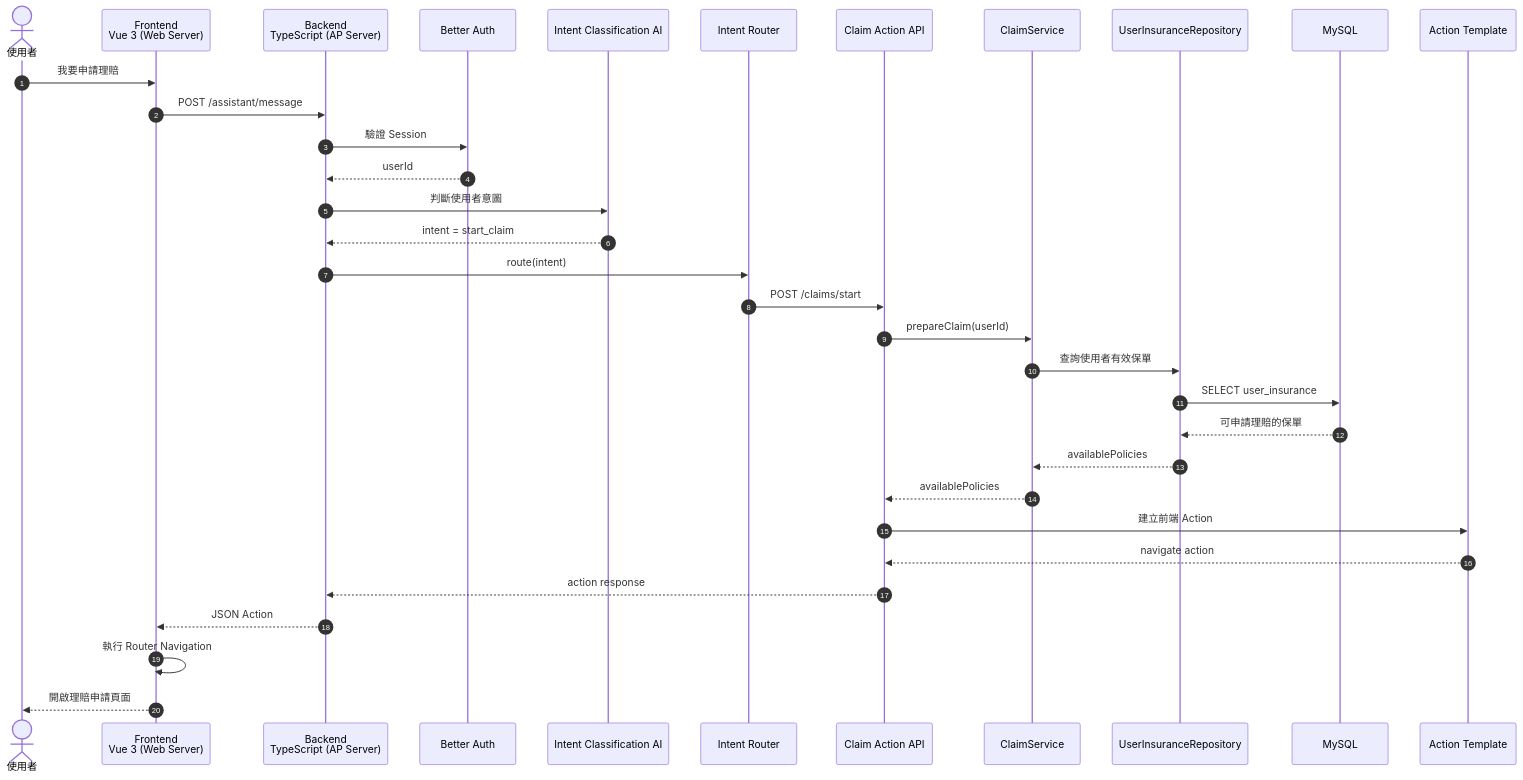
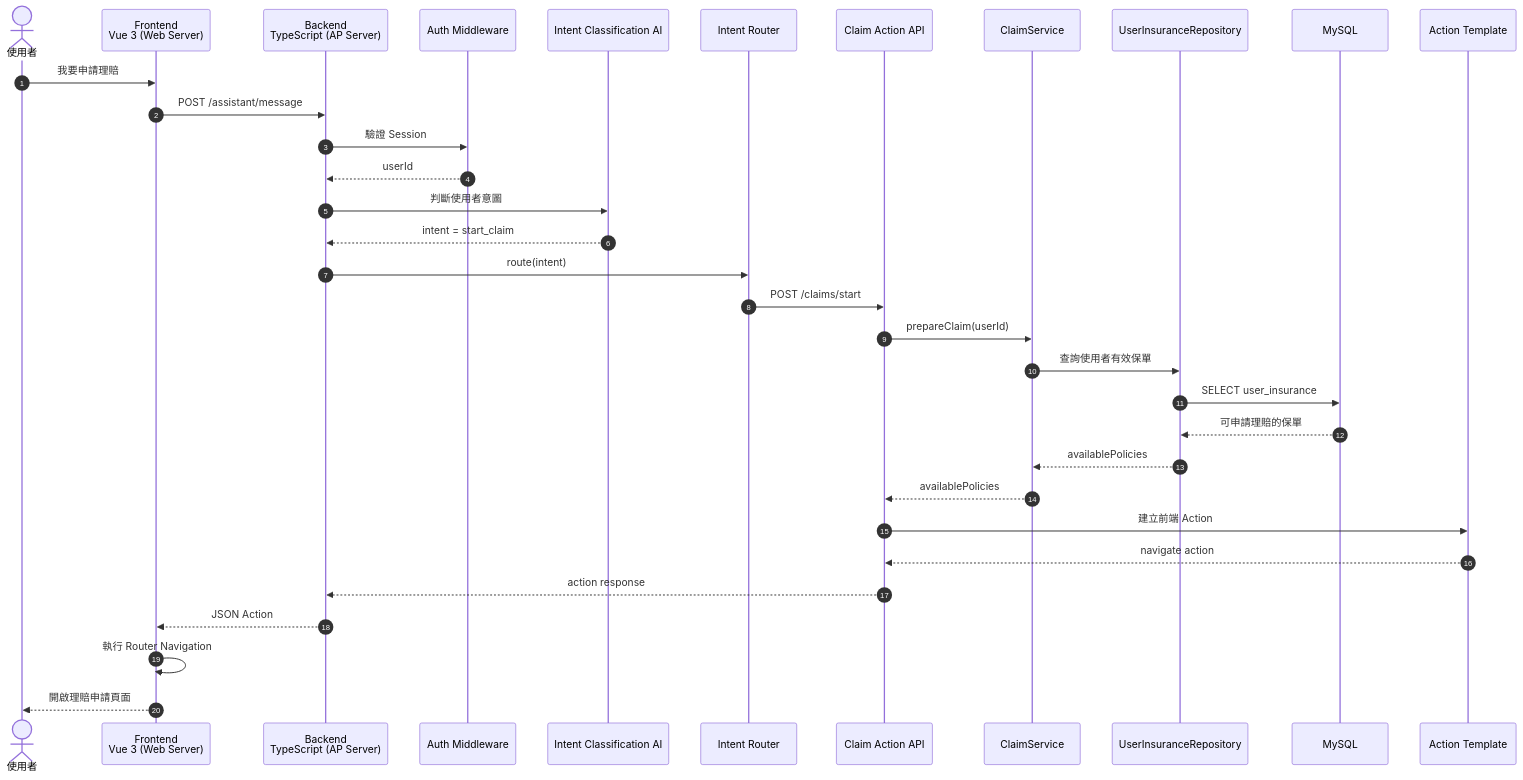
One commit to woody1234567/insuranceAssistance changed the third of 3 diagrams in spec/APIDesign/v1.md. Above: the diagram before and after it, drawn with Mermaid. The commit also changed other lines of this file and 33 other files, not shown here.

````diff
--- a/spec/APIDesign/v1.md
+++ b/spec/APIDesign/v1.md
@@ -107,47 +107,47 @@
 ```mermaid
 sequenceDiagram
     autonumber
 
     actor User as 使用者
     participant FE as Frontend<br/>Vue 3 (Web Server)
     participant BE as Backend<br/>TypeScript (AP Server)
-    participant Auth as Better Auth
+    participant Auth as Auth Middleware
     participant IntentAI as Intent Classification AI
     participant Router as Intent Router
     participant ClaimAPI as Claim Action API
     participant Service as ClaimService
     participant Repo as UserInsuranceRepository
     participant DB as MySQL
     participant Template as Action Template
 
     User->>FE: 我要申請理賠
     FE->>BE: POST /assistant/message
 
     BE->>Auth: 驗證 Session
     Auth-->>BE: userId
 
     BE->>IntentAI: 判斷使用者意圖
     IntentAI-->>BE: intent = start_claim
 
     BE->>Router: route(intent)
 
     Router->>ClaimAPI: POST /claims/start
 
     ClaimAPI->>Service: prepareClaim(userId)
 
     Service->>Repo: 查詢使用者有效保單
     Repo->>DB: SELECT user_insurance
     DB-->>Repo: 可申請理賠的保單
     Repo-->>Service: availablePolicies
 
     Service-->>ClaimAPI: availablePolicies
 
     ClaimAPI->>Template: 建立前端 Action
     Template-->>ClaimAPI: navigate action
 
     ClaimAPI-->>BE: action response
     BE-->>FE: JSON Action
 
     FE->>FE: 執行 Router Navigation
     FE-->>User: 開啟理賠申請頁面
 ```
````
